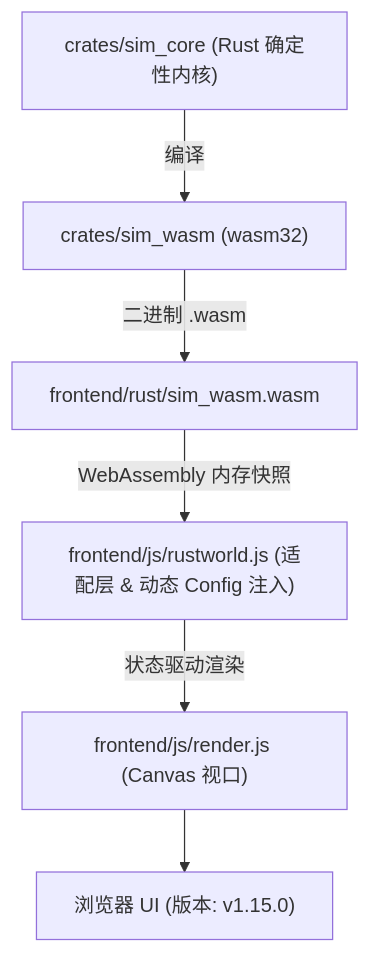
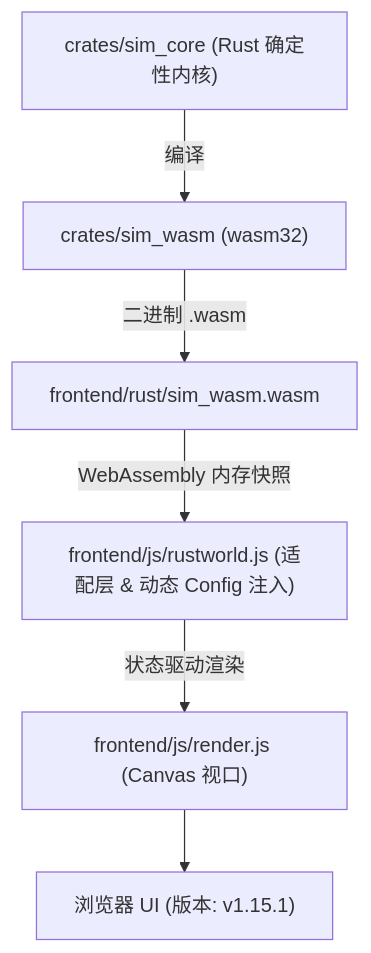
The diagram in AGENTS.md (g39088902/FlowAndAccord), drawn with Mermaid before and after one commit. The commit also changed other lines of this file and 31 other files, not shown here.

````diff
--- a/AGENTS.md
+++ b/AGENTS.md
@@ -50,8 +50,8 @@
 ```mermaid
 graph TD
     A["crates/sim_core (Rust 确定性内核)"] -->|编译| B["crates/sim_wasm (wasm32)"]
     B -->|二进制 .wasm| C["frontend/rust/sim_wasm.wasm"]
     C -->|WebAssembly 内存快照| D["frontend/js/rustworld.js (适配层 & 动态 Config 注入)"]
     D -->|状态驱动渲染| E["frontend/js/render.js (Canvas 视口)"]
-    E --> F["浏览器 UI (版本: v1.15.0)"]
+    E --> F["浏览器 UI (版本: v1.15.1)"]
 ```
````
